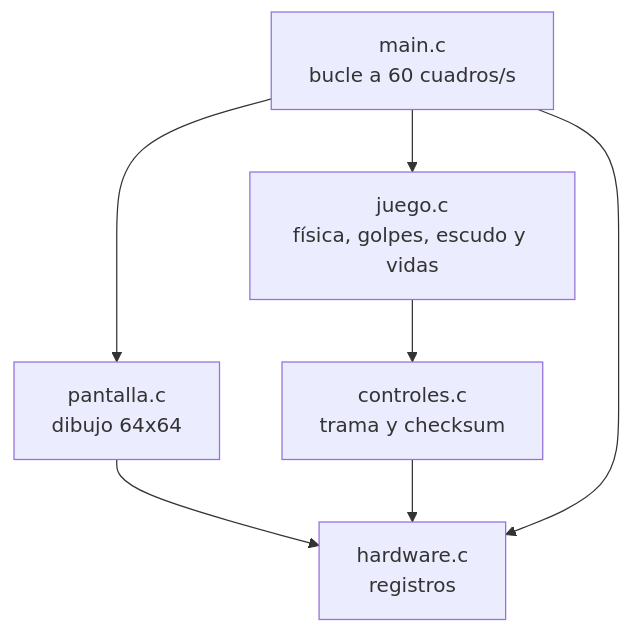
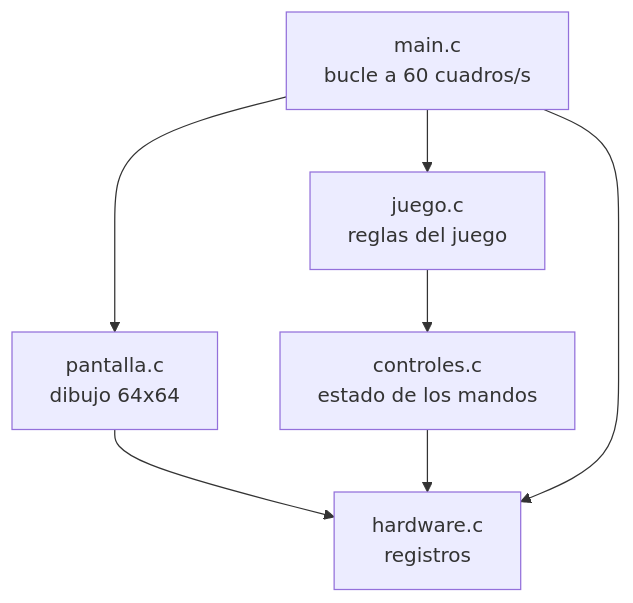
Before and after one commit to jhonyAlexan/Proyecto-Digital1-GRUPO9: the second of 4 diagrams in Grupos/G6/README.md, drawn with Mermaid. The commit also changed other lines of this file, not shown here.

````diff
--- a/Grupos/G6/README.md
+++ b/Grupos/G6/README.md
@@ -76,9 +95,9 @@
 ```mermaid
 flowchart TB
-    M[main.c<br/>bucle a 60 cuadros/s] --> J[juego.c<br/>física, golpes, escudo y vidas]
+    M[main.c<br/>bucle a 60 cuadros/s] --> J[juego.c<br/>reglas del juego]
     M --> P[pantalla.c<br/>dibujo 64x64]
-    J --> C[controles.c<br/>trama y checksum]
+    J --> C[controles.c<br/>estado de los mandos]
     P --> H[hardware.c<br/>registros]
     C --> H
     M --> H
 ```
````
